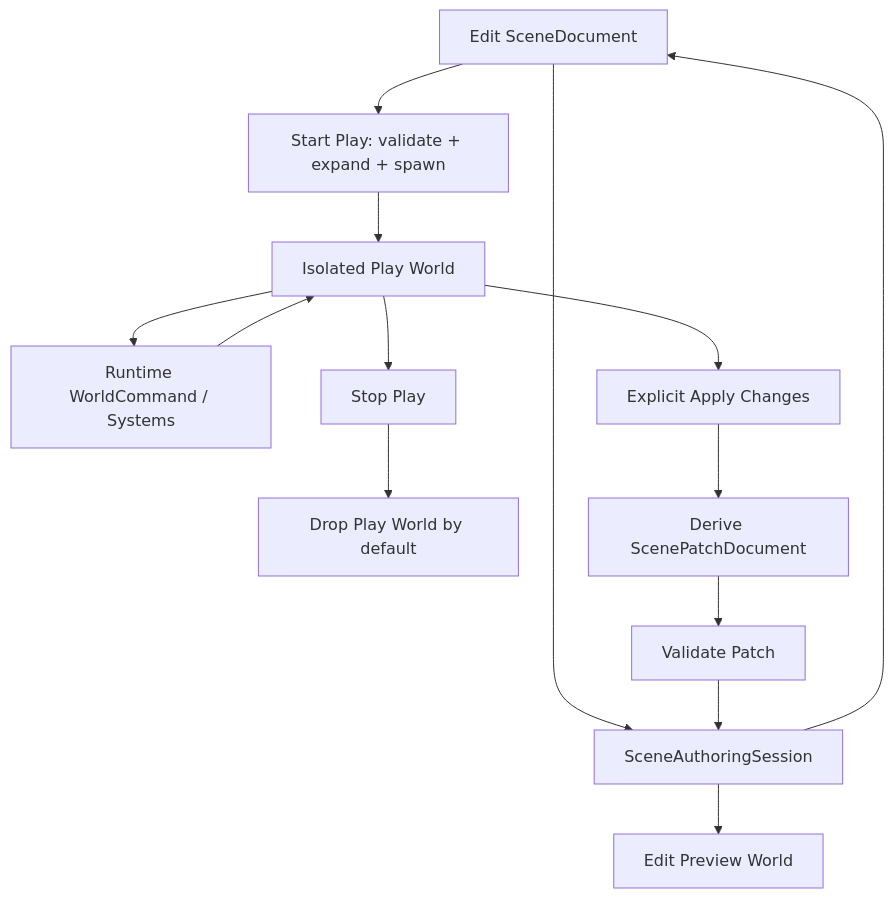
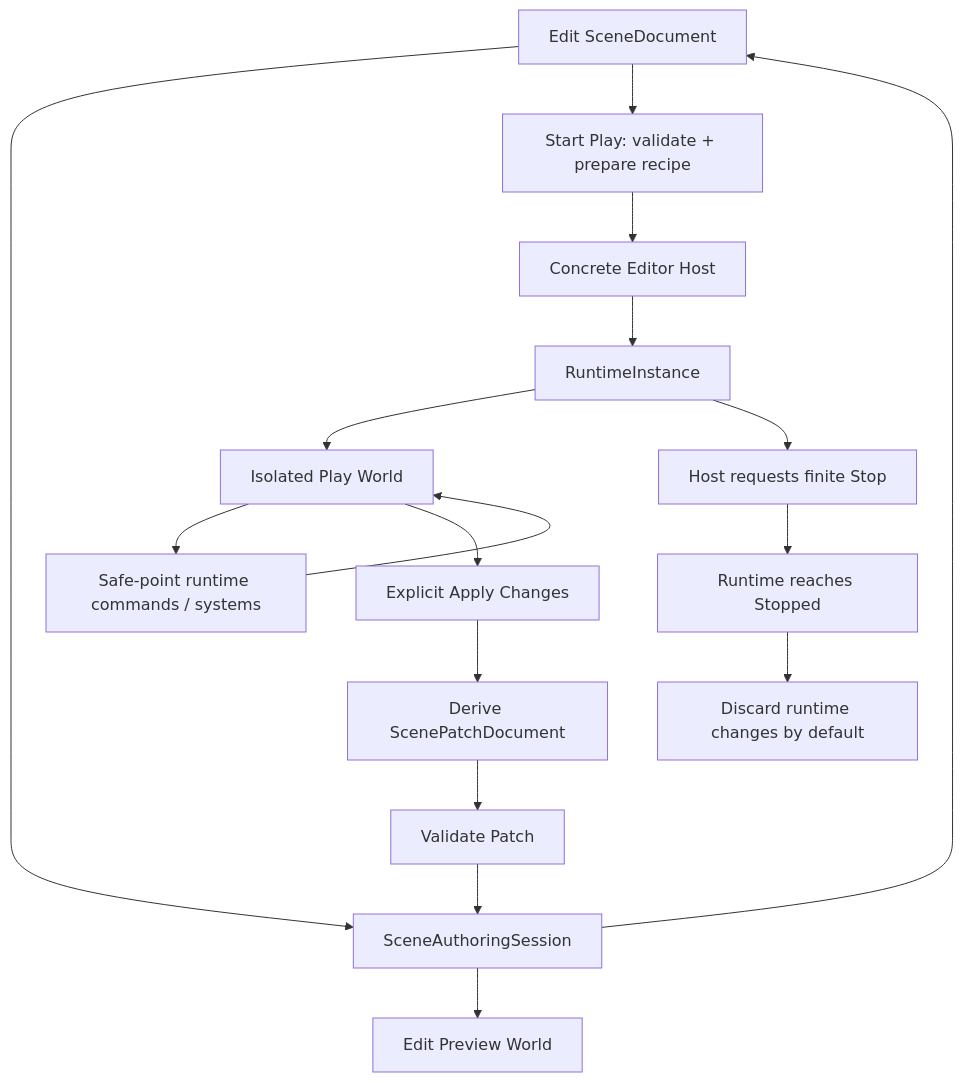
The first of 4 diagrams in docs/architecture/adr/0034-editor-play-mode-world-boundary.md (Latias94/nara), drawn with Mermaid before and after one commit. The commit also changed other lines of this file and 15 other files, not shown here.

First line of the commit message:
docs(architecture): tighten runtime and authoring interfaces

````diff
--- a/docs/architecture/adr/0034-editor-play-mode-world-boundary.md
+++ b/docs/architecture/adr/0034-editor-play-mode-world-boundary.md
@@ -61,16 +76,19 @@
 ```mermaid
 flowchart TD
     Doc[Edit SceneDocument] --> Session[SceneAuthoringSession]
     Session --> Preview[Edit Preview World]
-    Doc --> PlayStart[Start Play: validate + expand + spawn]
-    PlayStart --> PlayWorld[Isolated Play World]
-    PlayWorld --> RuntimeCommands[Runtime WorldCommand / Systems]
+    Doc --> PlayStart[Start Play: validate + prepare recipe]
+    PlayStart --> Host[Concrete Editor Host]
+    Host --> Runtime[RuntimeInstance]
+    Runtime --> PlayWorld[Isolated Play World]
+    PlayWorld --> RuntimeCommands[Safe-point runtime commands / systems]
     RuntimeCommands --> PlayWorld
-    PlayWorld --> Stop[Stop Play]
-    Stop --> Drop[Drop Play World by default]
+    Runtime --> Stop[Host requests finite Stop]
+    Stop --> Stopped[Runtime reaches Stopped]
+    Stopped --> Discard[Discard runtime changes by default]
     PlayWorld --> Apply[Explicit Apply Changes]
     Apply --> Diff[Derive ScenePatchDocument]
     Diff --> Validate[Validate Patch]
     Validate --> Session
     Session --> Doc
 ```
````
